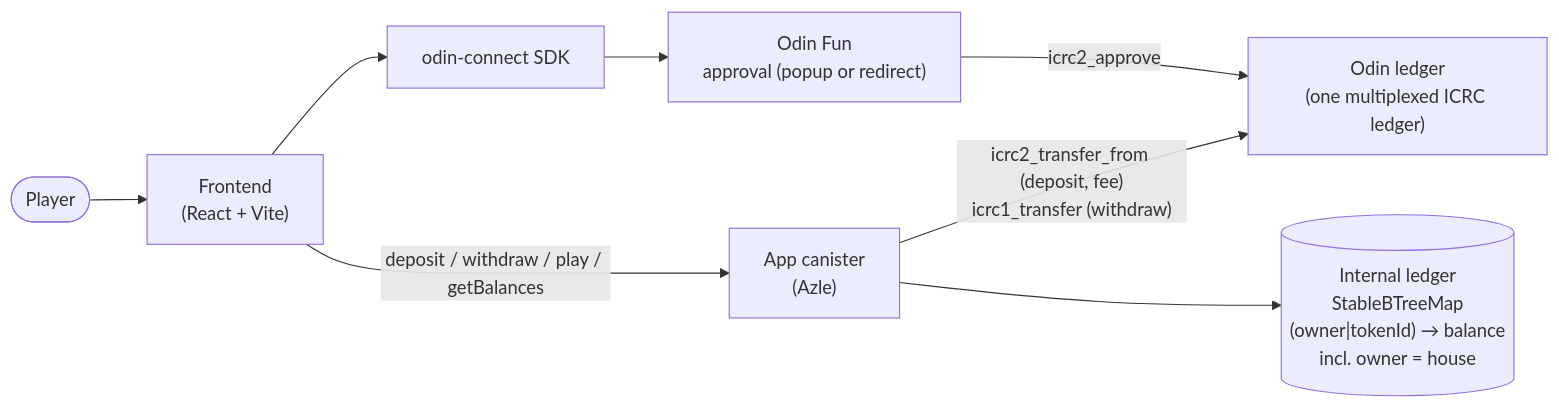
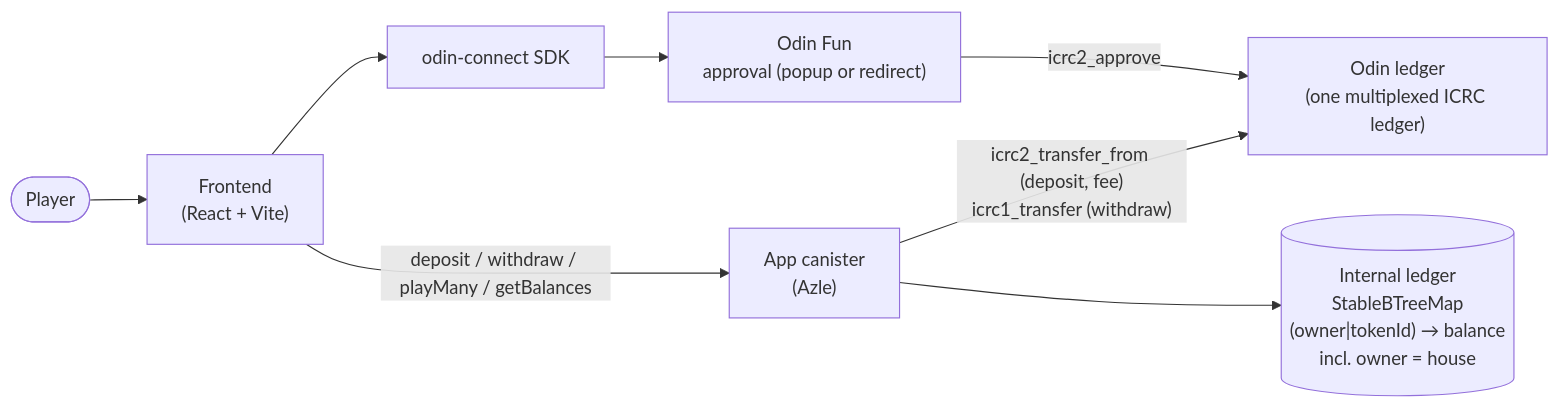
The diagram in README.md (inescri/plinko-game), drawn with Mermaid before and after one commit. The commit also changed other lines of this file and 19 other files, not shown here.

First line of the commit message:
feat: drop up to 10 balls at once via a batch playMany endpoint

````diff
--- a/README.md
+++ b/README.md
@@ -15,18 +15,18 @@
 ```mermaid
 flowchart LR
     user([Player])
     fe["Frontend<br/>(React + Vite)"]
     oc["odin-connect SDK"]
     popup["Odin Fun<br/>approval (popup or redirect)"]
     can["App canister<br/>(Azle)"]
     ledger[("Internal ledger<br/>StableBTreeMap<br/>(owner|tokenId) → balance<br/>incl. owner = house")]
     odin["Odin ledger<br/>(one multiplexed ICRC ledger)"]
 
     user --> fe
     fe --> oc
     oc --> popup
     popup -->|icrc2_approve| odin
-    fe -->|"deposit / withdraw / play / getBalances"| can
+    fe -->|"deposit / withdraw / playMany / getBalances"| can
     can --> ledger
     can -->|"icrc2_transfer_from (deposit, fee)<br/>icrc1_transfer (withdraw)"| odin
 ```
````
